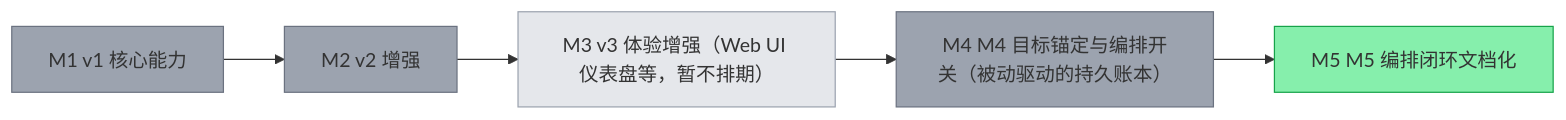
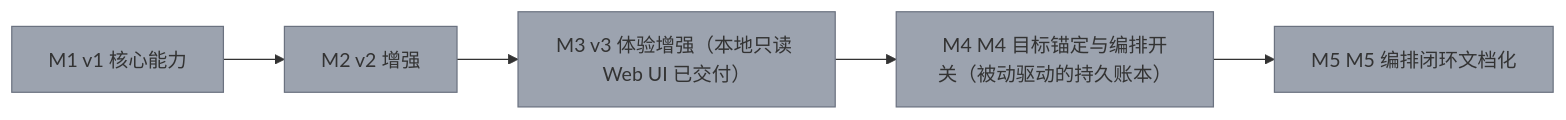
Before and after one commit to happy520ai/pm-mcp: the diagram in PROJECT.md, drawn with Mermaid. The commit also changed other lines of this file and 61 other files, not shown here.

````diff
--- a/PROJECT.md
+++ b/PROJECT.md
@@ -9,16 +9,16 @@
 ```mermaid
 flowchart LR
   M1["M1 v1 核心能力"]:::done
   M2["M2 v2 增强"]:::done
-  M3["M3 v3 体验增强（Web UI 仪表盘等，暂不排期）"]:::planned
+  M3["M3 v3 体验增强（本地只读 Web UI 已交付）"]:::done
   M4["M4 M4 目标锚定与编排开关（被动驱动的持久账本）"]:::done
-  M5["M5 M5 编排闭环文档化"]:::active
+  M5["M5 M5 编排闭环文档化"]:::done
   M1 --> M2
   M2 --> M3
   M3 --> M4
   M4 --> M5
   classDef done fill:#9ca3af,stroke:#6b7280
   classDef active fill:#86efac,stroke:#16a34a
   classDef planned fill:#e5e7eb,stroke:#9ca3af
   classDef paused fill:#fde68a,stroke:#d97706
 ```
````
